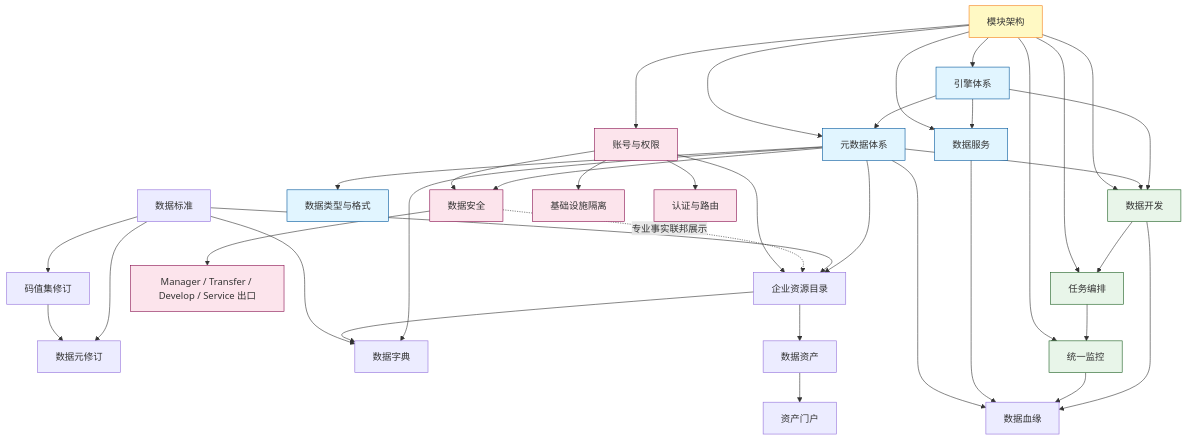
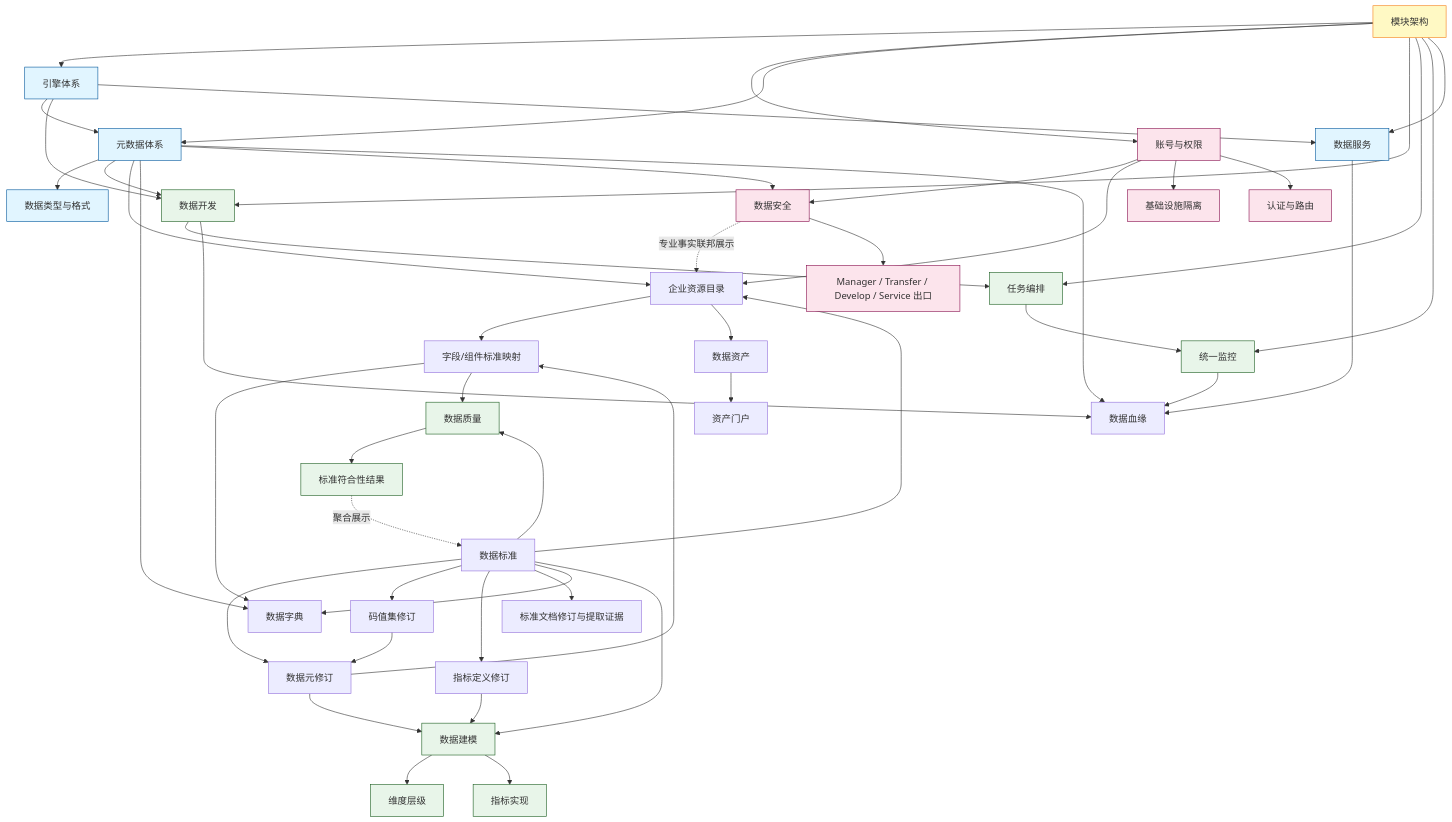
Before and after one commit to pampa0629/addp: the second of 2 diagrams in docs/concepts/addp核心概念关系图.md, drawn with Mermaid. The commit also changed other lines of this file and 336 other files, not shown here.

````diff
--- a/docs/concepts/addp核心概念关系图.md
+++ b/docs/concepts/addp核心概念关系图.md
@@ -430,54 +448,67 @@
 ```mermaid
 graph TB
     引擎[引擎体系] --> 元数据[元数据体系]
     引擎 --> 开发[数据开发]
     引擎 --> 服务[数据服务]
 
     元数据 --> 类型[数据类型与格式]
     元数据 --> 开发
     元数据 --> 目录[企业资源目录]
     标准[数据标准] --> 目录
     标准 --> 元素修订[数据元修订]
     标准 --> 码集修订[码值集修订]
+    标准 --> 指标修订[指标定义修订]
+    标准 --> 文档修订[标准文档修订与提取证据]
     码集修订 --> 元素修订
+    目录 --> 映射[字段/组件标准映射]
+    元素修订 --> 映射
     元数据 --> 字典[数据字典]
-    目录 --> 字典
+    映射 --> 字典
     标准 --> 字典
+    标准 --> 建模[数据建模]
+    元素修订 --> 建模
+    指标修订 --> 建模
+    建模 --> 层级[维度层级]
+    建模 --> 指标实现[指标实现]
+    映射 --> 质量[数据质量]
+    标准 --> 质量
+    质量 --> 符合性[标准符合性结果]
+    符合性 -. 聚合展示 .-> 标准
     元数据 --> 安全[数据安全]
     账号 --> 安全
     安全 -. 专业事实联邦展示 .-> 目录
     安全 --> 保护出口[Manager / Transfer / Develop / Service 出口]
     账号[账号与权限] --> 目录
     目录 --> 资产[数据资产]
     资产 --> 门户[资产门户]
 
     开发 --> 编排[任务编排]
     编排 --> 监控[统一监控]
     开发 --> 血缘[数据血缘]
     监控 --> 血缘
     服务 --> 血缘
     元数据 --> 血缘
 
     账号 --> 隔离[基础设施隔离]
     账号 --> 认证[认证与路由]
 
     模块[模块架构] --> 引擎
     模块 --> 账号
     模块 --> 元数据
     模块 --> 开发
     模块 --> 编排
     模块 --> 监控
     模块 --> 服务
 
     classDef architecture fill:#fff9c4,stroke:#f57f17
     classDef engine fill:#e1f5ff,stroke:#01579b
     classDef data fill:#e8f5e9,stroke:#1b5e20
     classDef auth fill:#fce4ec,stroke:#880e4f
     classDef dev fill:#f3e5f5,stroke:#4a148c
 
     class 模块 architecture
     class 引擎,元数据,类型,服务 engine
     class 安全,保护出口 auth
-    class 开发,编排,监控 data
+    class 开发,建模,层级,指标实现,质量,符合性,编排,监控 data
     class 账号,隔离,认证 auth
 ```
````
